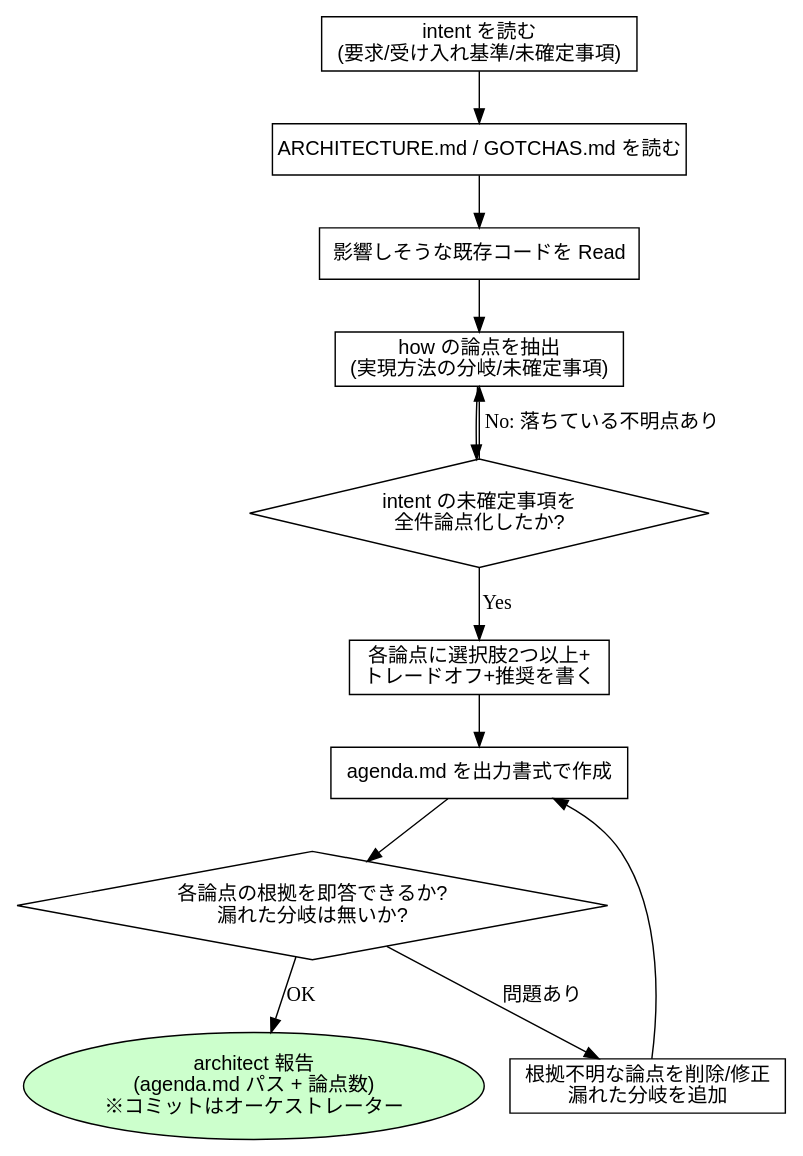
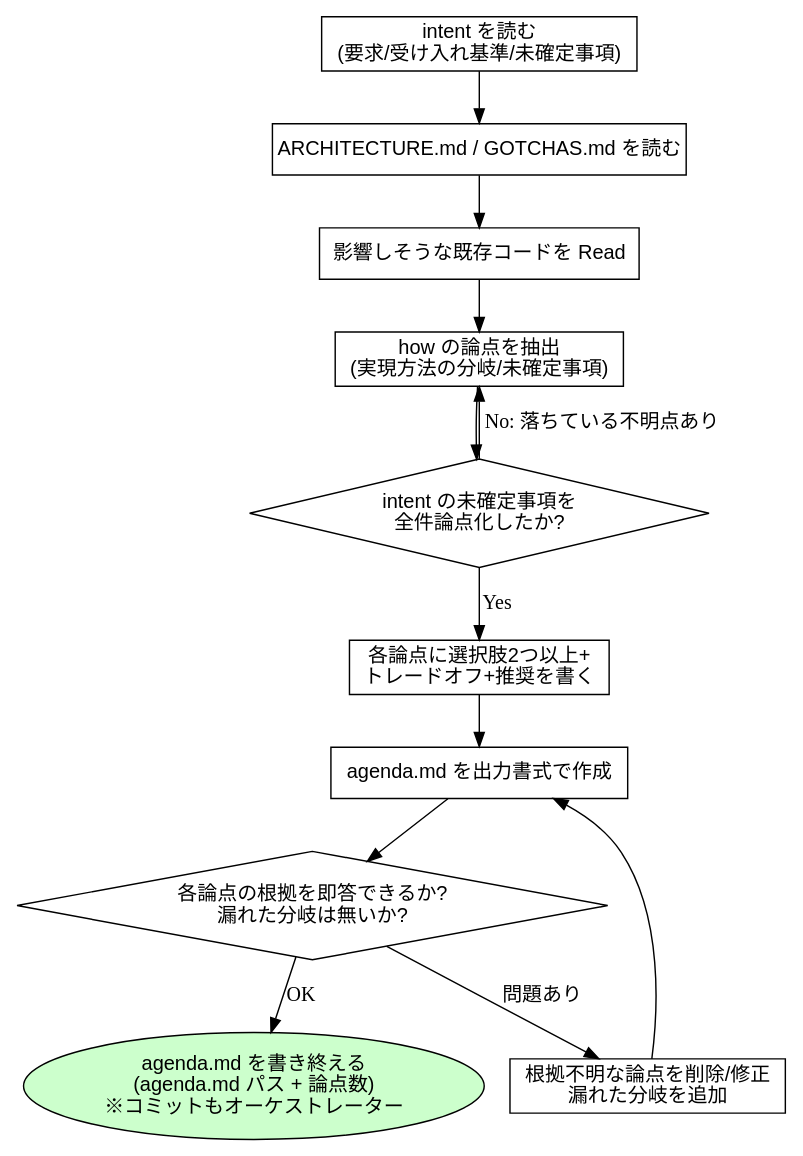
The first of 15 diagrams in plugins/codiel/docs/skill-flowcharts.md (Amatsuka-kobo/amatsuka-claude-plugins), drawn with Graphviz before and after one commit. The commit also changed other lines of this file and 7 other files, not shown here.

````diff
--- a/plugins/codiel/docs/skill-flowcharts.md
+++ b/plugins/codiel/docs/skill-flowcharts.md
@@ -8,25 +8,25 @@
 ```dot
 digraph preparing_design_agendas {
   rankdir=TB;
   node [fontname="sans-serif"];
 
   read_issue [label="intent を読む\n(要求/受け入れ基準/未確定事項)", shape=box];
   read_docs [label="ARCHITECTURE.md / GOTCHAS.md を読む", shape=box];
   read_code [label="影響しそうな既存コードを Read", shape=box];
   extract [label="how の論点を抽出\n(実現方法の分岐/未確定事項)", shape=box];
   unknowns [label="intent の未確定事項を\n全件論点化したか?", shape=diamond];
   options [label="各論点に選択肢2つ以上+\nトレードオフ+推奨を書く", shape=box];
   write [label="agenda.md を出力書式で作成", shape=box];
   selfcheck [label="各論点の根拠を即答できるか?\n漏れた分岐は無いか?", shape=diamond];
   fix [label="根拠不明な論点を削除/修正\n漏れた分岐を追加", shape=box];
-  done [label="architect 報告\n(agenda.md パス + 論点数)\n※コミットはオーケストレーター", shape=ellipse, style=filled, fillcolor="#ccffcc"];
+  done [label="agenda.md を書き終える\n(agenda.md パス + 論点数)\n※コミットもオーケストレーター", shape=ellipse, style=filled, fillcolor="#ccffcc"];
 
   read_issue -> read_docs -> read_code -> extract -> unknowns;
   unknowns -> extract [label="No: 落ちている不明点あり"];
   unknowns -> options [label="Yes"];
   options -> write -> selfcheck;
   selfcheck -> fix [label="問題あり"];
   fix -> write;
   selfcheck -> done [label="OK"];
 }
 ```
````
